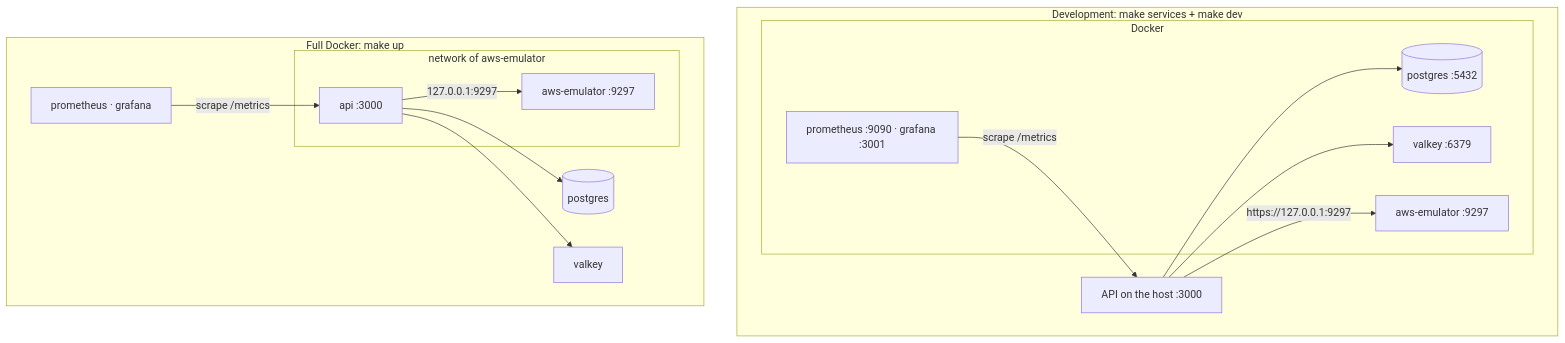
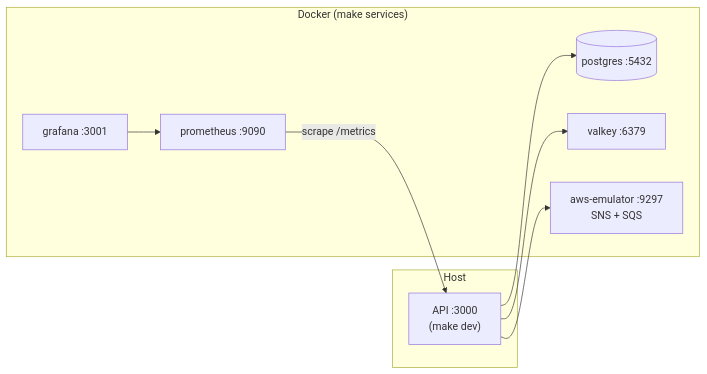
One commit to Samuel0023/cocos-challenge changed the diagram in docs/local-setup.md. Above: the diagram before and after it, drawn with Mermaid. The commit also changed other lines of this file and 25 other files, not shown here.

````diff
--- a/docs/local-setup.md
+++ b/docs/local-setup.md
@@ -12,31 +12,18 @@
 ```mermaid
-flowchart TB
-  subgraph DEV["Development: make services + make dev"]
-    direction LR
-    H["API on the host :3000"]
-    subgraph D1["Docker"]
-      P1[("postgres :5432")]
-      V1["valkey :6379"]
-      E1["aws-emulator :9297"]
-      M1["prometheus :9090 · grafana :3001"]
-    end
-    H --> P1
-    H --> V1
-    H -- "https://127.0.0.1:9297" --> E1
-    M1 -- "scrape /metrics" --> H
+flowchart LR
+  subgraph HOST["Host"]
+    API["API :3000<br/>(make dev)"]
   end
-  subgraph FULL["Full Docker: make up"]
-    direction LR
-    subgraph NS["network of aws-emulator"]
-      A2["api :3000"]
-      E2["aws-emulator :9297"]
-    end
-    P2[("postgres")]
-    V2["valkey"]
-    M2["prometheus · grafana"]
-    A2 --> P2
-    A2 --> V2
-    A2 -- "127.0.0.1:9297" --> E2
-    M2 -- "scrape /metrics" --> A2
+  subgraph DOCKER["Docker (make services)"]
+    PG[("postgres :5432")]
+    VK["valkey :6379"]
+    EM["aws-emulator :9297<br/>SNS + SQS"]
+    PR["prometheus :9090"]
+    GR["grafana :3001"]
   end
+  API --> PG
+  API --> VK
+  API --> EM
+  PR -- "scrape /metrics" --> API
+  GR --> PR
 ```
````
